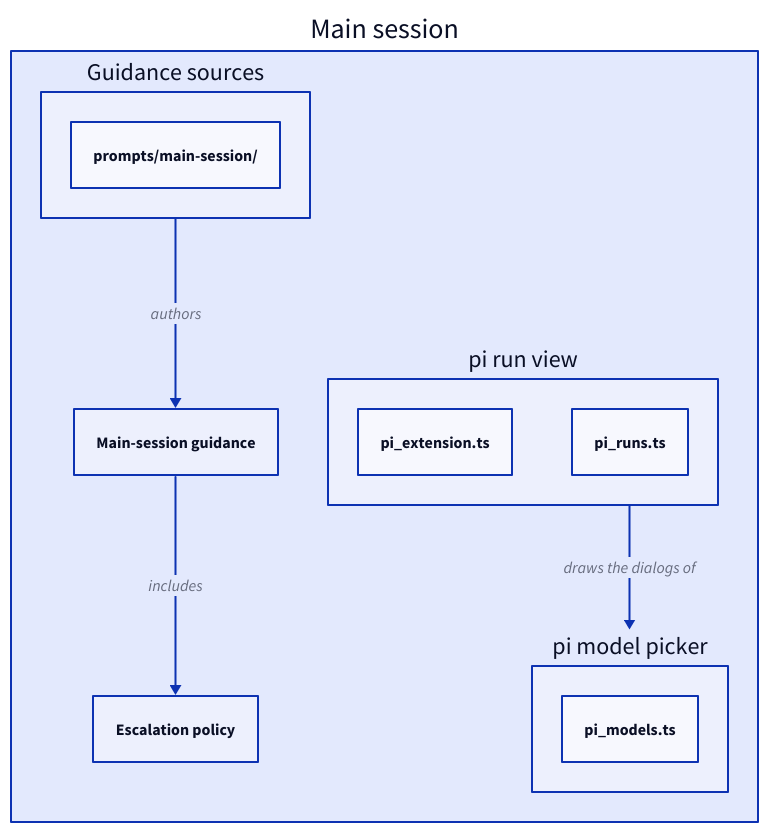
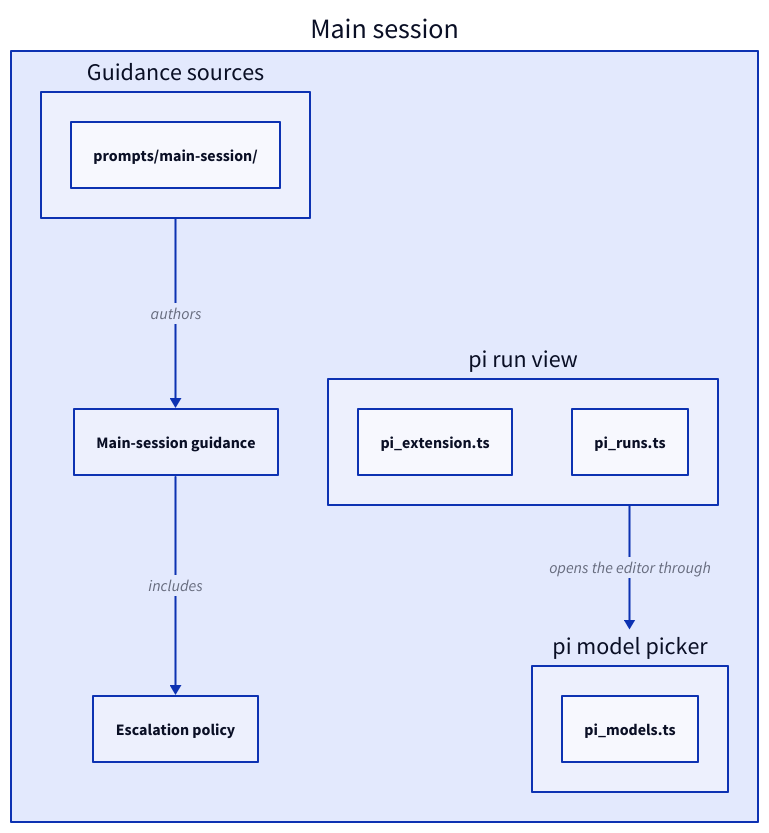
Before and after one commit to FTOD/concorde: the third of 4 diagrams in specs/concorde/coordination/main-session/module.md, drawn with D2. The commit also changed other lines of this file and 90 other files, not shown here.

````diff
--- a/specs/concorde/coordination/main-session/module.md
+++ b/specs/concorde/coordination/main-session/module.md
@@ -414,19 +450,19 @@
 ```d2
 mainsession: Main session {
   sources: Guidance sources {
     "prompts/main-session/"
   }
   guidance: Main-session guidance
   policy: Escalation policy
   view: pi run view {
     "pi_extension.ts"
     "pi_runs.ts"
   }
   picker: pi model picker {
     "pi_models.ts"
   }
   sources -> guidance: authors
   guidance -> policy: includes
-  view -> picker: draws the dialogs of
+  view -> picker: opens the editor through
 }
 ```
````
